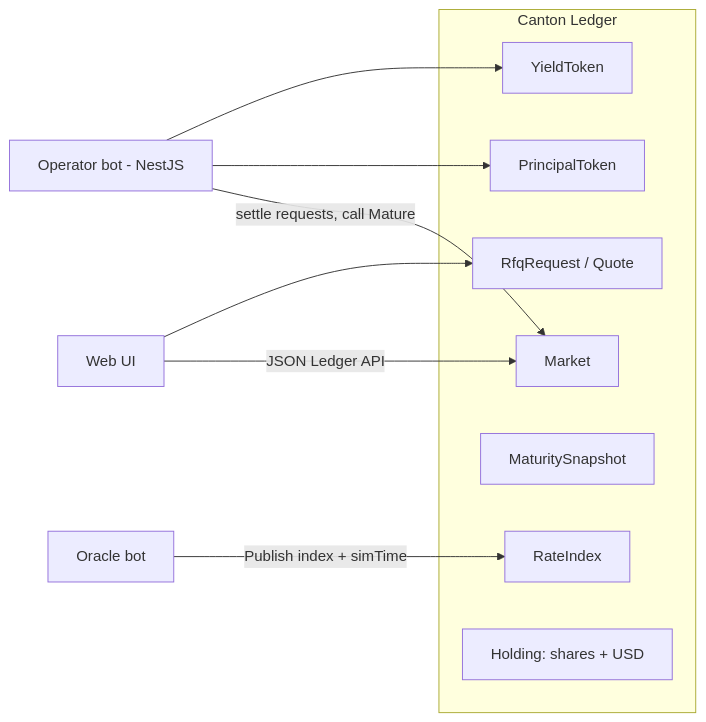
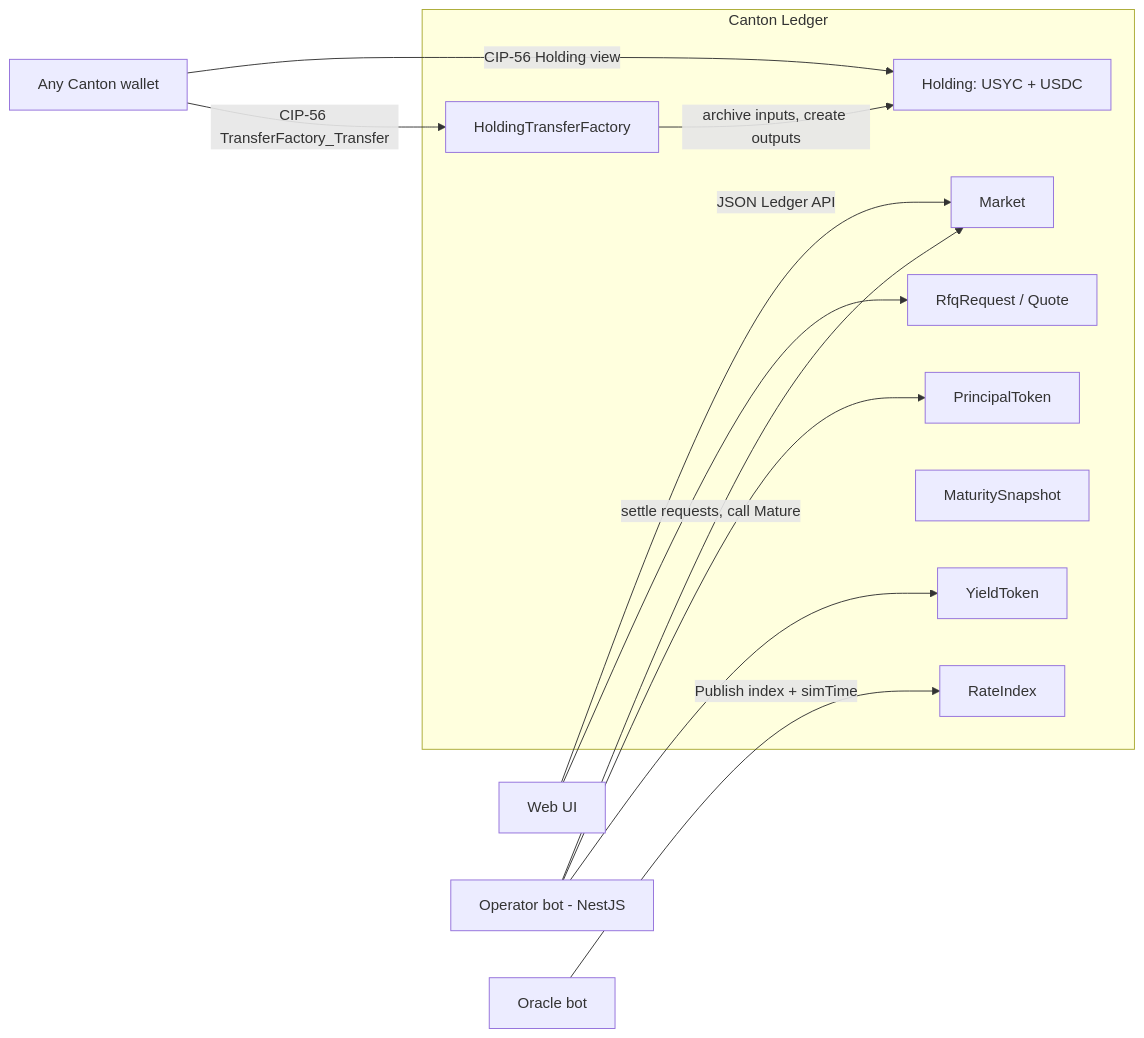
Before and after one commit to ayoubbuoya/exodus: the first of 4 diagrams in docs/exodus.md, drawn with Mermaid. The commit also changed other lines of this file and 11 other files, not shown here.

First line of the commit message:
feat(contract): simulate USYC/USDC and implement Canton Token Standard v1

````diff
--- a/docs/exodus.md
+++ b/docs/exodus.md
@@ -125,19 +143,23 @@
 ```mermaid
 flowchart LR
   subgraph Canton Ledger
     M[Market]
     PT[PrincipalToken]
     YT[YieldToken]
     RI[RateIndex]
     MS[MaturitySnapshot]
     Q[RfqRequest / Quote]
-    H[Holding: shares + USD]
+    H[Holding: USYC + USDC]
+    TF[HoldingTransferFactory]
   end
 
+  W[Any Canton wallet] -->|CIP-56 Holding view| H
+  W -->|CIP-56 TransferFactory_Transfer| TF
+  TF -->|archive inputs, create outputs| H
   UI[Web UI] -->|JSON Ledger API| M
   UI --> Q
   OB[Operator bot - NestJS] -->|settle requests, call Mature| M
   OB --> PT
   OB --> YT
   ORB[Oracle bot] -->|Publish index + simTime| RI
 ```
````
